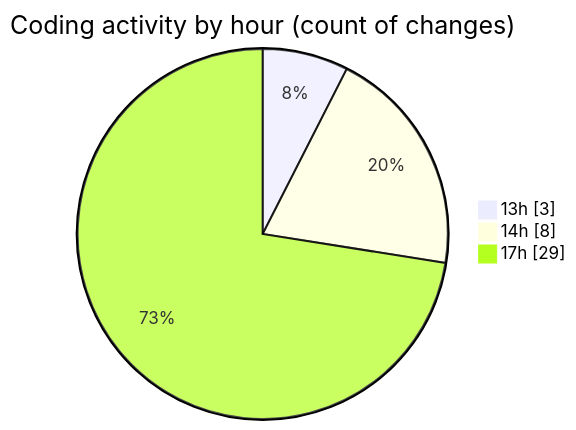
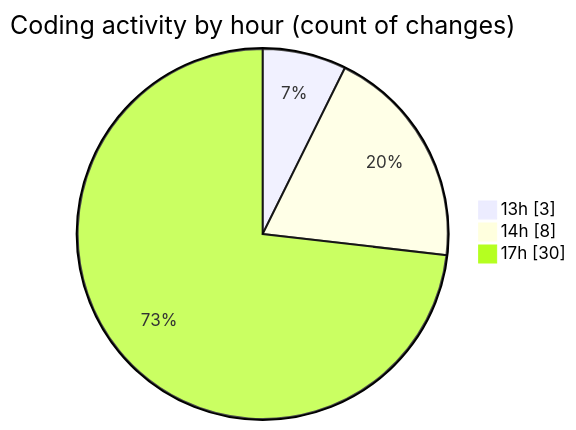
Before and after one commit to NitaiMahat/code-tracking: the second of 2 diagrams in 2025-02-04/recipe-page-main/README.md, drawn with Mermaid. The commit also changed other lines of this file and 1 other file, not shown here.

````diff
--- a/2025-02-04/recipe-page-main/README.md
+++ b/2025-02-04/recipe-page-main/README.md
@@ -30,7 +30,7 @@
 ```mermaid
 pie showData
 title Coding activity by hour (count of changes)
 "13h" : 3
 "14h" : 8
-"17h" : 29
+"17h" : 30
 ```
````
